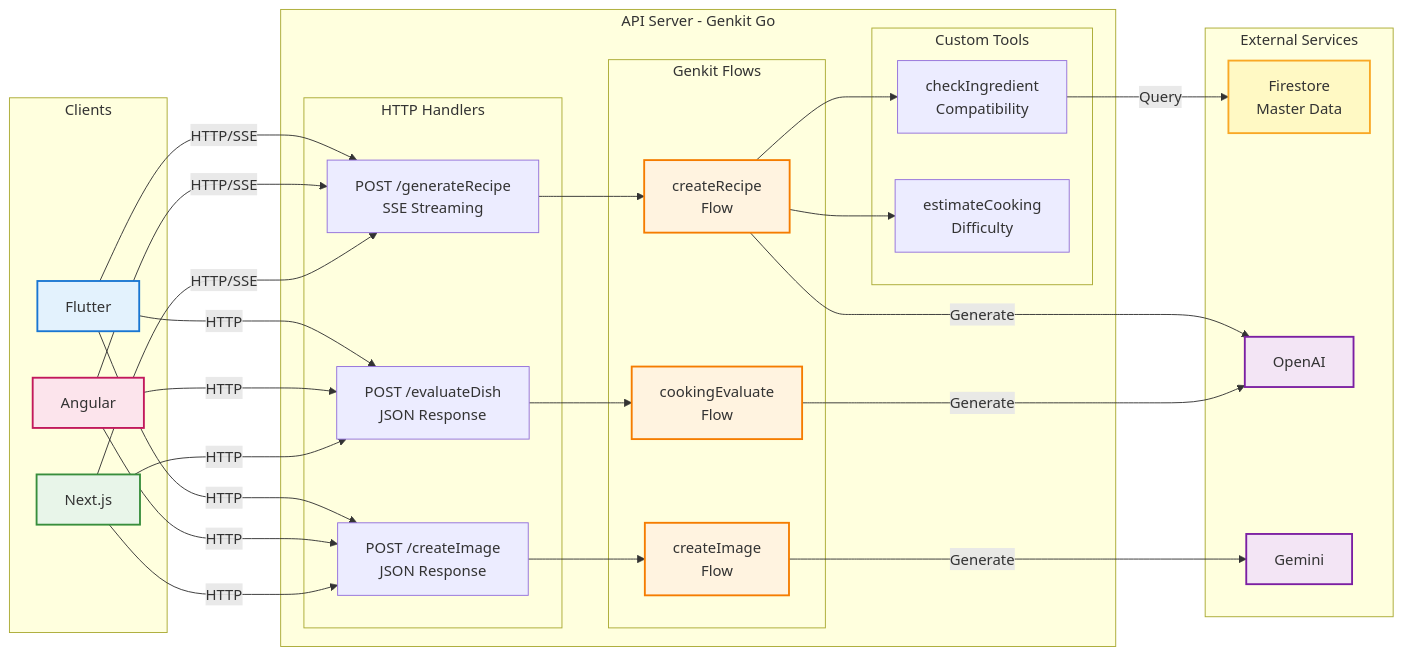
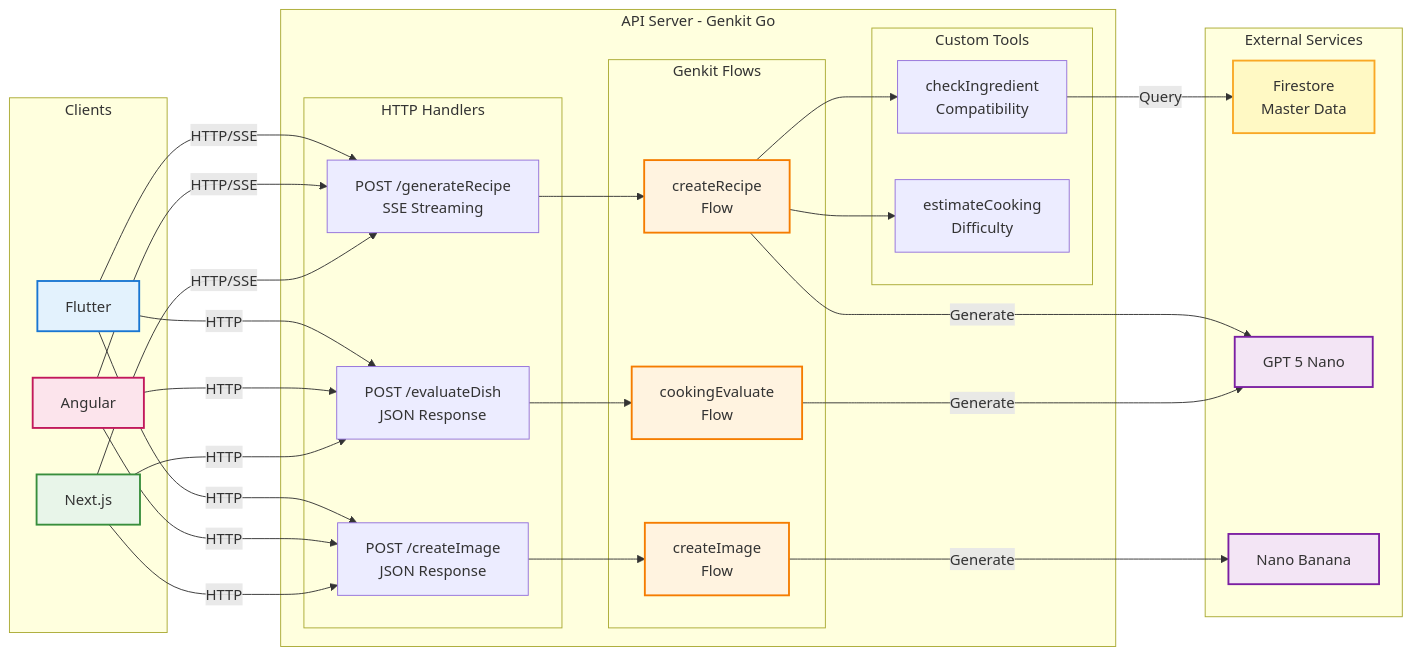
One commit to mastering-genkit/mastering-genkit-go changed the diagram in src/diagrams/chapter-15/architecture.md. Above: the diagram before and after it, drawn with Mermaid. The commit also changed 3 other files, not shown here.

Commit message:
chore: diagrams

````diff
--- a/src/diagrams/chapter-15/architecture.md
+++ b/src/diagrams/chapter-15/architecture.md
@@ -1,70 +1,70 @@
 ```mermaid
 graph LR
     subgraph "Clients"
         A1[Flutter]
         A2[Angular]
         A3[Next.js]
     end
     
     subgraph "API Server - Genkit Go"
         subgraph "HTTP Handlers"
             B1[POST /generateRecipe<br/>SSE Streaming]
             B2[POST /createImage<br/>JSON Response]
             B3[POST /evaluateDish<br/>JSON Response]
         end
         
         subgraph "Genkit Flows"
             C1[createRecipe<br/>Flow]
             C2[createImage<br/>Flow]
             C3[cookingEvaluate<br/>Flow]
         end
         
         subgraph "Custom Tools"
             D1[checkIngredient<br/>Compatibility]
             D2[estimateCooking<br/>Difficulty]
         end
         
         B1 --> C1
         B2 --> C2
         B3 --> C3
         
         C1 --> D1
         C1 --> D2
     end
     
     subgraph "External Services"
         E1[Firestore<br/>Master Data]
-        E2[OpenAI]
-        E3[Gemini]
+        E2[GPT 5 Nano]
+        E3[Nano Banana]
     end
     
     A1 -->|HTTP/SSE| B1
     A1 -->|HTTP| B2
     A1 -->|HTTP| B3
     
     A2 -->|HTTP/SSE| B1
     A2 -->|HTTP| B2
     A2 -->|HTTP| B3
     
     A3 -->|HTTP/SSE| B1
     A3 -->|HTTP| B2
     A3 -->|HTTP| B3
     
     D1 -->|Query| E1
     
     C1 -->|Generate| E2
     C2 -->|Generate| E3
     C3 -->|Generate| E2
     
     style A1 fill:#E3F2FD,stroke:#1976D2,stroke-width:2px
     style A2 fill:#FCE4EC,stroke:#C2185B,stroke-width:2px
     style A3 fill:#E8F5E9,stroke:#388E3C,stroke-width:2px
     
     style C1 fill:#FFF3E0,stroke:#F57C00,stroke-width:2px
     style C2 fill:#FFF3E0,stroke:#F57C00,stroke-width:2px
     style C3 fill:#FFF3E0,stroke:#F57C00,stroke-width:2px
     
     style E1 fill:#FFF9C4,stroke:#F9A825,stroke-width:2px
     style E2 fill:#F3E5F5,stroke:#7B1FA2,stroke-width:2px
     style E3 fill:#F3E5F5,stroke:#7B1FA2,stroke-width:2px
 ```
````
